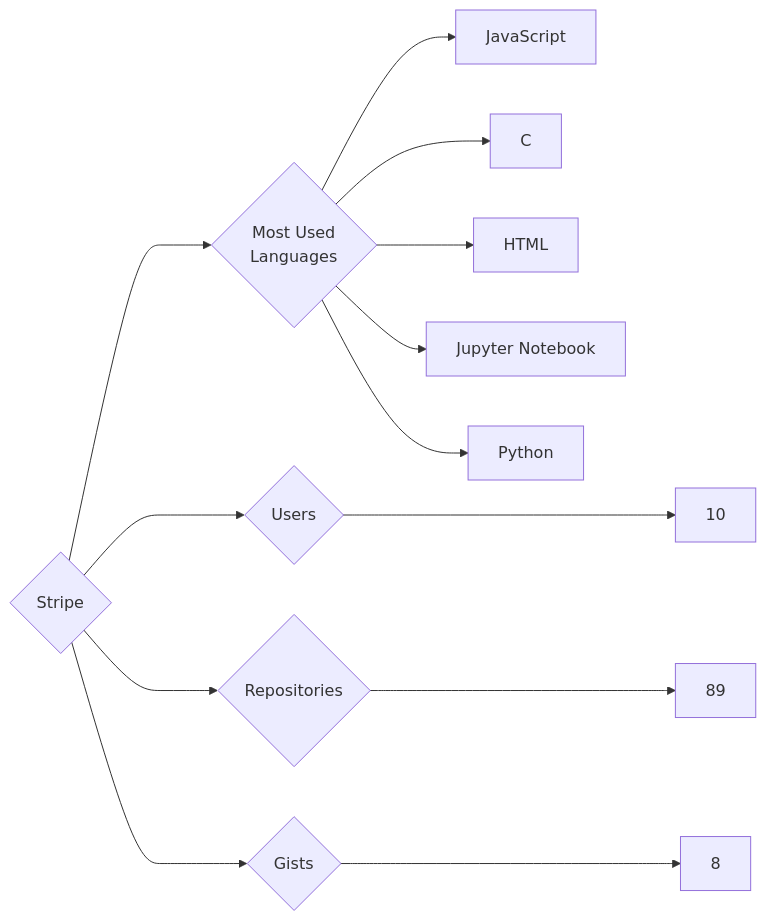
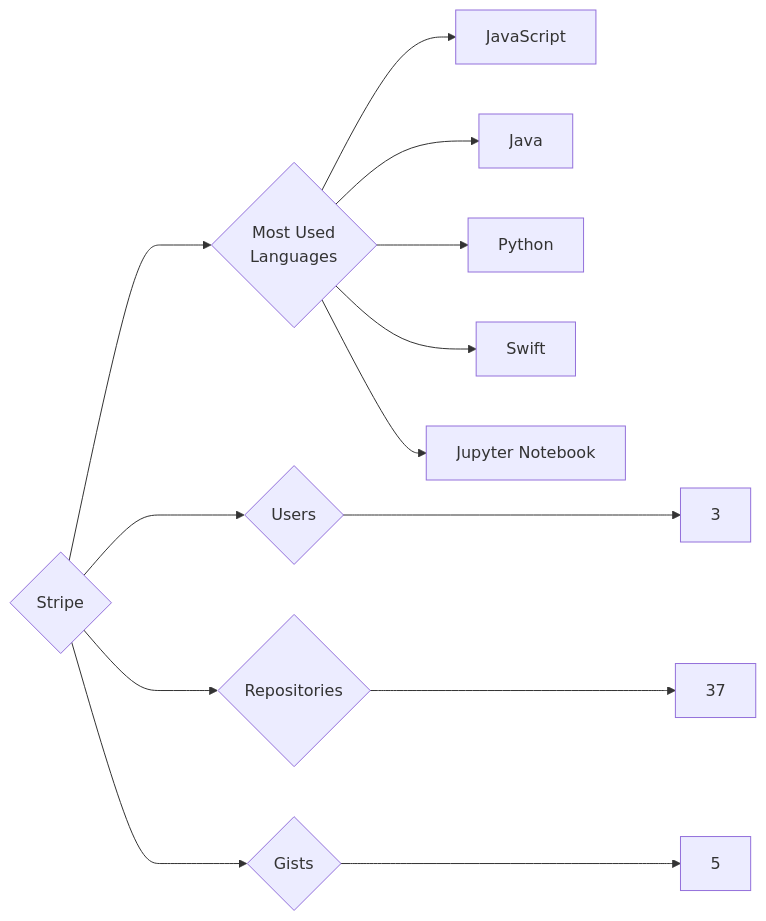
One commit to trickest/insiders changed the diagram in targets/Stripe/README.md. Above: the diagram before and after it, drawn with Mermaid. The commit also changed 1496 other files, not shown here.

````diff
--- a/targets/Stripe/README.md
+++ b/targets/Stripe/README.md
@@ -3,13 +3,13 @@
 ```mermaid
 graph LR
 COMPANY_NAME{Stripe}
-COMPANY_NAME ---> U{Users} ---> UN[10]
-COMPANY_NAME ---> R{Repositories} ---> RN[89]
-COMPANY_NAME ---> G{Gists} ---> GN[8]
+COMPANY_NAME ---> U{Users} ---> UN[3]
+COMPANY_NAME ---> R{Repositories} ---> RN[37]
+COMPANY_NAME ---> G{Gists} ---> GN[5]
 COMPANY_NAME ---> ML{Most Used<br>Languages}
 ML --> JavaScript[JavaScript]
-ML --> C[C]
-ML --> HTML[HTML]
+ML --> Java[Java]
+ML --> Python[Python]
+ML --> Swift[Swift]
 ML --> Jupyter_Notebook[Jupyter Notebook]
-ML --> Python[Python]
 ```
````
